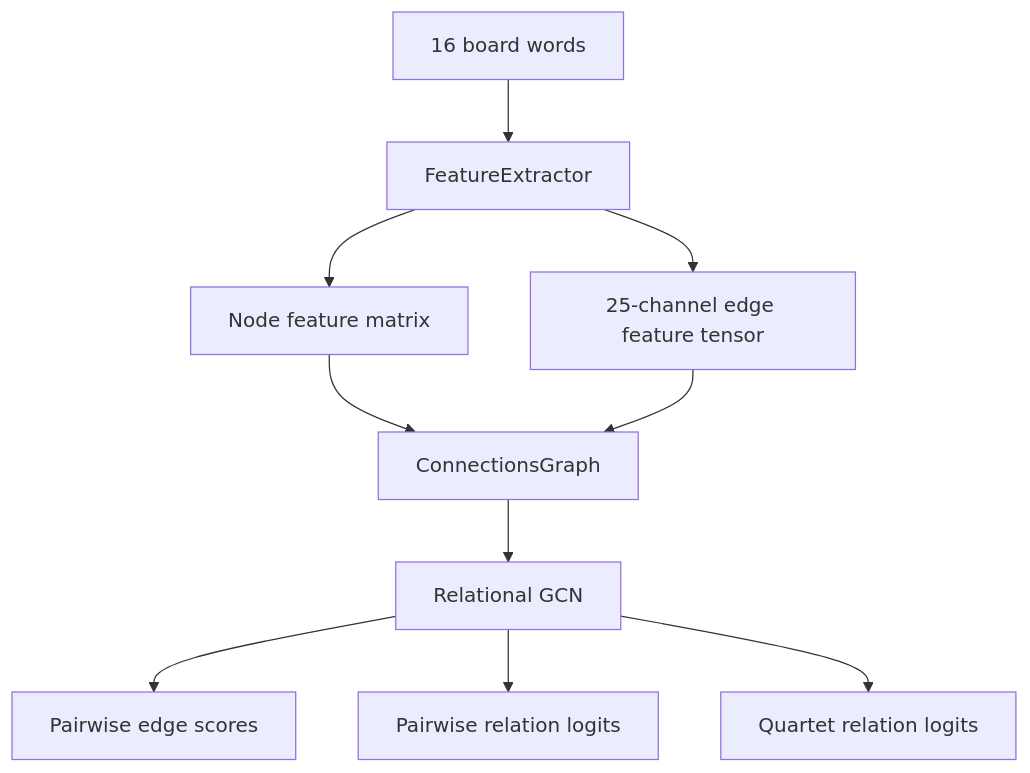
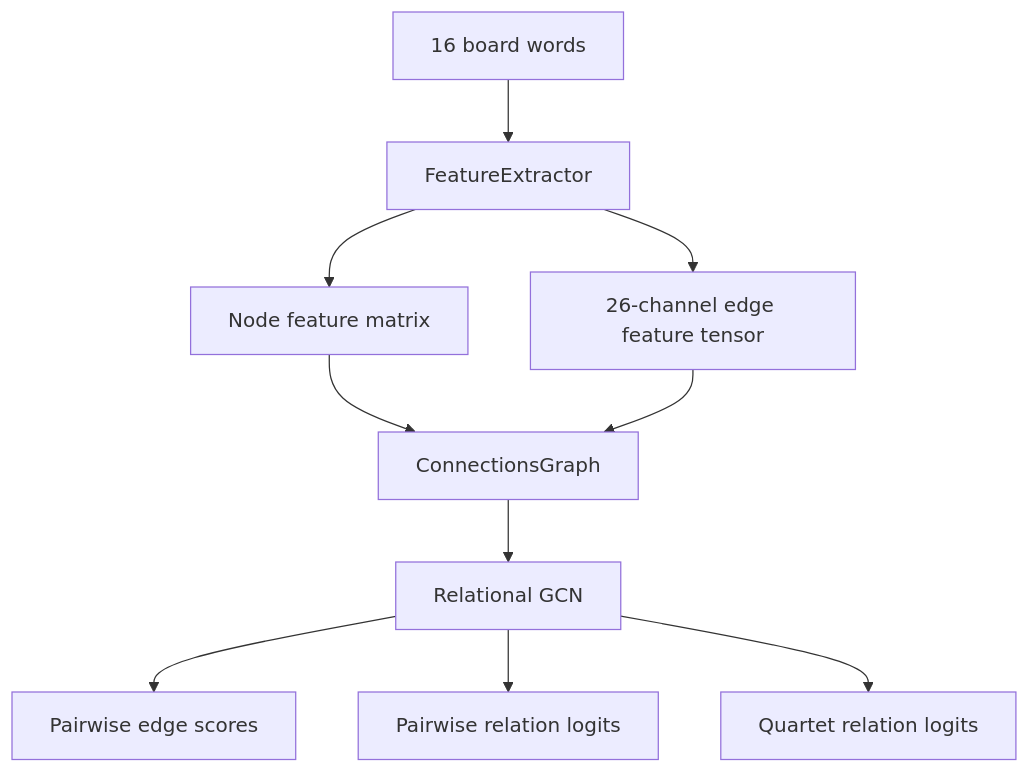
Before and after one commit to cymaxsun/nyt-connections-solver: the diagram in gcn_architecture_guide.md, drawn with Mermaid. The commit also changed other lines of this file and 26 other files, not shown here.

````diff
--- a/gcn_architecture_guide.md
+++ b/gcn_architecture_guide.md
@@ -27,12 +27,12 @@
 ```mermaid
 flowchart TD
     A[16 board words] --> B[FeatureExtractor]
     B --> C[Node feature matrix]
-    B --> D[25-channel edge feature tensor]
+    B --> D[26-channel edge feature tensor]
     C --> E[ConnectionsGraph]
     D --> E
     E --> F[Relational GCN]
     F --> G[Pairwise edge scores]
     F --> H[Pairwise relation logits]
     F --> I[Quartet relation logits]
 ```
````
